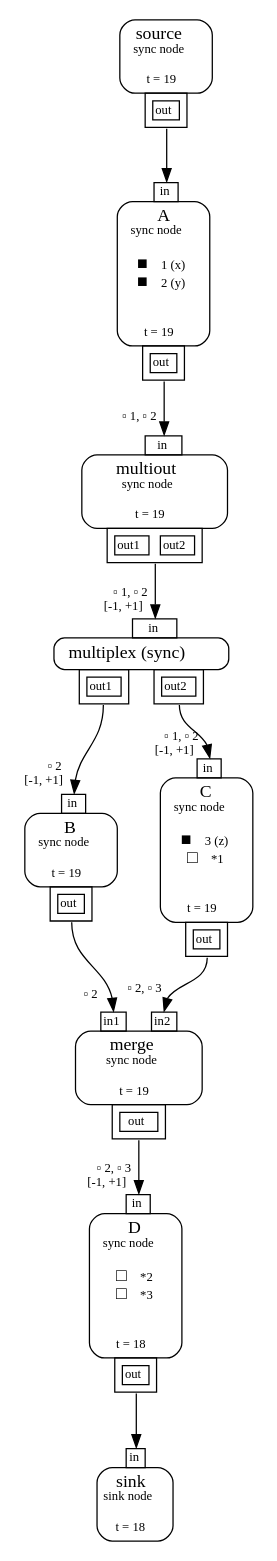
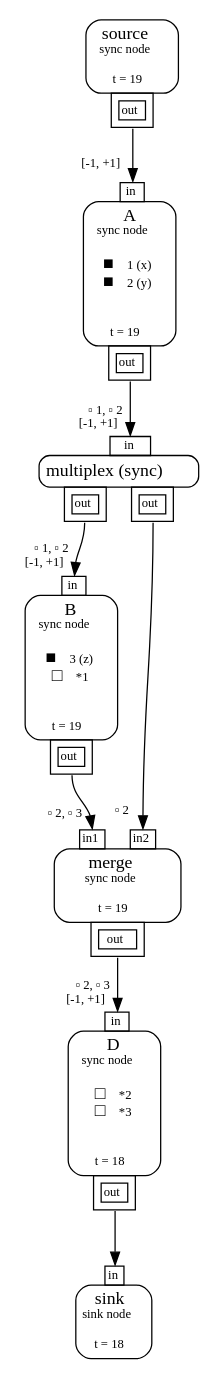
One commit to dbonattoj/mf changed the diagram in gr.gv. Above: the diagram before and after it, drawn with Graphviz. The commit also changed 12 other files, not shown here.

```diff
--- a/gr.gv
+++ b/gr.gv
@@ -7,35 +7,27 @@
 <TABLE BORDER="0" CELLBORDER="0" CELLSPACING="0" CELLPADDING="0"><TR><TD WIDTH="20"></TD><TD BORDER="1" CELLPADDING="1" PORT="in3" COLOR="black"><FONT POINT-SIZE="10">in</FONT></TD><TD WIDTH="20"></TD></TR><TR><TD COLSPAN="3" BORDER="1" STYLE="ROUNDED" CELLPADDING="4" COLOR="black">A<BR/><FONT POINT-SIZE="10">sync node</FONT><BR/><BR/>&#x25A0; <FONT POINT-SIZE="10">1 (x)</FONT><BR/>&#x25A0; <FONT POINT-SIZE="10">2 (y)</FONT><BR/><BR/><BR/><FONT POINT-SIZE="10">t = 19</FONT></TD></TR><TR><TD COLSPAN="3" BORDER="0"><TABLE BORDER="0" CELLBORDER="0" CELLSPACING="0" CELLPADDING="0"><TR><TD WIDTH="20"></TD><TD BORDER="1" CELLPADDING="3" PORT="out4" COLOR="black"><TABLE BORDER="0" CELLSPACING="2"><TR CELLPADDING="1"><TD BORDER="1" CELLPADDING="1"><FONT POINT-SIZE="10">out</FONT></TD></TR></TABLE></TD><TD WIDTH="20"></TD></TR></TABLE></TD></TR></TABLE>
 >];
 	node5 [shape=plaintext label=<
-<TABLE BORDER="0" CELLBORDER="0" CELLSPACING="0" CELLPADDING="0"><TR><TD WIDTH="20"></TD><TD BORDER="1" CELLPADDING="1" PORT="in6" COLOR="black"><FONT POINT-SIZE="10">in</FONT></TD><TD WIDTH="20"></TD></TR><TR><TD COLSPAN="3" BORDER="1" STYLE="ROUNDED" CELLPADDING="4" COLOR="black">multiout<BR/><FONT POINT-SIZE="10">sync node</FONT><BR/><BR/><FONT POINT-SIZE="10">t = 19</FONT></TD></TR><TR><TD COLSPAN="3" BORDER="0"><TABLE BORDER="0" CELLBORDER="0" CELLSPACING="0" CELLPADDING="0"><TR><TD WIDTH="20"></TD><TD BORDER="1" CELLPADDING="3" PORT="out7" COLOR="black"><TABLE BORDER="0" CELLSPACING="2"><TR CELLPADDING="1"><TD BORDER="1" CELLPADDING="1"><FONT POINT-SIZE="10">out1</FONT></TD><TD WIDTH="5"></TD><TD BORDER="1" CELLPADDING="1"><FONT POINT-SIZE="10">out2</FONT></TD></TR></TABLE></TD><TD WIDTH="20"></TD></TR></TABLE></TD></TR></TABLE>
+<TABLE BORDER="0" CELLBORDER="0" CELLSPACING="0" CELLPADDING="0"><TR><TD WIDTH="20"></TD><TD BORDER="1" CELLPADDING="1" PORT="in6" COLOR="black"><FONT POINT-SIZE="10">in</FONT></TD><TD WIDTH="20"></TD></TR><TR><TD COLSPAN="3" BORDER="1" STYLE="ROUNDED" CELLPADDING="4" COLOR="black">multiplex (sync)</TD></TR><TR><TD COLSPAN="3" BORDER="0"><TABLE BORDER="0" CELLBORDER="0" CELLSPACING="0" CELLPADDING="0"><TR><TD WIDTH="20"></TD><TD BORDER="1" CELLPADDING="3" PORT="out7" COLOR="black"><TABLE BORDER="0" CELLSPACING="2"><TR CELLPADDING="1"><TD BORDER="1" CELLPADDING="1"><FONT POINT-SIZE="10">out</FONT></TD></TR></TABLE></TD><TD WIDTH="20"></TD><TD BORDER="1" CELLPADDING="3" PORT="out8" COLOR="black"><TABLE BORDER="0" CELLSPACING="2"><TR CELLPADDING="1"><TD BORDER="1" CELLPADDING="1"><FONT POINT-SIZE="10">out</FONT></TD></TR></TABLE></TD><TD WIDTH="20"></TD></TR></TABLE></TD></TR></TABLE>
 >];
-	node8 [shape=plaintext label=<
-<TABLE BORDER="0" CELLBORDER="0" CELLSPACING="0" CELLPADDING="0"><TR><TD WIDTH="20"></TD><TD BORDER="1" CELLPADDING="1" PORT="in9" COLOR="black"><FONT POINT-SIZE="10">in</FONT></TD><TD WIDTH="20"></TD></TR><TR><TD COLSPAN="3" BORDER="1" STYLE="ROUNDED" CELLPADDING="4" COLOR="black">multiplex (sync)</TD></TR><TR><TD COLSPAN="3" BORDER="0"><TABLE BORDER="0" CELLBORDER="0" CELLSPACING="0" CELLPADDING="0"><TR><TD WIDTH="20"></TD><TD BORDER="1" CELLPADDING="3" PORT="out10" COLOR="black"><TABLE BORDER="0" CELLSPACING="2"><TR CELLPADDING="1"><TD BORDER="1" CELLPADDING="1"><FONT POINT-SIZE="10">out1</FONT></TD></TR></TABLE></TD><TD WIDTH="20"></TD><TD BORDER="1" CELLPADDING="3" PORT="out11" COLOR="black"><TABLE BORDER="0" CELLSPACING="2"><TR CELLPADDING="1"><TD BORDER="1" CELLPADDING="1"><FONT POINT-SIZE="10">out2</FONT></TD></TR></TABLE></TD><TD WIDTH="20"></TD></TR></TABLE></TD></TR></TABLE>
+	node9 [shape=plaintext label=<
+<TABLE BORDER="0" CELLBORDER="0" CELLSPACING="0" CELLPADDING="0"><TR><TD WIDTH="20"></TD><TD BORDER="1" CELLPADDING="1" PORT="in10" COLOR="black"><FONT POINT-SIZE="10">in</FONT></TD><TD WIDTH="20"></TD></TR><TR><TD COLSPAN="3" BORDER="1" STYLE="ROUNDED" CELLPADDING="4" COLOR="black">B<BR/><FONT POINT-SIZE="10">sync node</FONT><BR/><BR/>&#x25A0; <FONT POINT-SIZE="10">3 (z)</FONT><BR/>&#x25A1; <FONT POINT-SIZE="10">*1</FONT><BR/><BR/><BR/><FONT POINT-SIZE="10">t = 19</FONT></TD></TR><TR><TD COLSPAN="3" BORDER="0"><TABLE BORDER="0" CELLBORDER="0" CELLSPACING="0" CELLPADDING="0"><TR><TD WIDTH="20"></TD><TD BORDER="1" CELLPADDING="3" PORT="out11" COLOR="black"><TABLE BORDER="0" CELLSPACING="2"><TR CELLPADDING="1"><TD BORDER="1" CELLPADDING="1"><FONT POINT-SIZE="10">out</FONT></TD></TR></TABLE></TD><TD WIDTH="20"></TD></TR></TABLE></TD></TR></TABLE>
 >];
 	node12 [shape=plaintext label=<
-<TABLE BORDER="0" CELLBORDER="0" CELLSPACING="0" CELLPADDING="0"><TR><TD WIDTH="20"></TD><TD BORDER="1" CELLPADDING="1" PORT="in13" COLOR="black"><FONT POINT-SIZE="10">in</FONT></TD><TD WIDTH="20"></TD></TR><TR><TD COLSPAN="3" BORDER="1" STYLE="ROUNDED" CELLPADDING="4" COLOR="black">B<BR/><FONT POINT-SIZE="10">sync node</FONT><BR/><BR/><FONT POINT-SIZE="10">t = 19</FONT></TD></TR><TR><TD COLSPAN="3" BORDER="0"><TABLE BORDER="0" CELLBORDER="0" CELLSPACING="0" CELLPADDING="0"><TR><TD WIDTH="20"></TD><TD BORDER="1" CELLPADDING="3" PORT="out14" COLOR="black"><TABLE BORDER="0" CELLSPACING="2"><TR CELLPADDING="1"><TD BORDER="1" CELLPADDING="1"><FONT POINT-SIZE="10">out</FONT></TD></TR></TABLE></TD><TD WIDTH="20"></TD></TR></TABLE></TD></TR></TABLE>
+<TABLE BORDER="0" CELLBORDER="0" CELLSPACING="0" CELLPADDING="0"><TR><TD WIDTH="20"></TD><TD BORDER="1" CELLPADDING="1" PORT="in13" COLOR="black"><FONT POINT-SIZE="10">in1</FONT></TD><TD WIDTH="20"></TD><TD BORDER="1" CELLPADDING="1" PORT="in14" COLOR="black"><FONT POINT-SIZE="10">in2</FONT></TD><TD WIDTH="20"></TD></TR><TR><TD COLSPAN="5" BORDER="1" STYLE="ROUNDED" CELLPADDING="4" COLOR="black">merge<BR/><FONT POINT-SIZE="10">sync node</FONT><BR/><BR/><FONT POINT-SIZE="10">t = 19</FONT></TD></TR><TR><TD COLSPAN="5" BORDER="0"><TABLE BORDER="0" CELLBORDER="0" CELLSPACING="0" CELLPADDING="0"><TR><TD WIDTH="20"></TD><TD BORDER="1" CELLPADDING="3" PORT="out15" COLOR="black"><TABLE BORDER="0" CELLSPACING="2"><TR CELLPADDING="1"><TD BORDER="1" CELLPADDING="1"><FONT POINT-SIZE="10">out</FONT></TD></TR></TABLE></TD><TD WIDTH="20"></TD></TR></TABLE></TD></TR></TABLE>
 >];
-	node15 [shape=plaintext label=<
-<TABLE BORDER="0" CELLBORDER="0" CELLSPACING="0" CELLPADDING="0"><TR><TD WIDTH="20"></TD><TD BORDER="1" CELLPADDING="1" PORT="in16" COLOR="black"><FONT POINT-SIZE="10">in</FONT></TD><TD WIDTH="20"></TD></TR><TR><TD COLSPAN="3" BORDER="1" STYLE="ROUNDED" CELLPADDING="4" COLOR="black">C<BR/><FONT POINT-SIZE="10">sync node</FONT><BR/><BR/>&#x25A0; <FONT POINT-SIZE="10">3 (z)</FONT><BR/>&#x25A1; <FONT POINT-SIZE="10">*1</FONT><BR/><BR/><BR/><FONT POINT-SIZE="10">t = 19</FONT></TD></TR><TR><TD COLSPAN="3" BORDER="0"><TABLE BORDER="0" CELLBORDER="0" CELLSPACING="0" CELLPADDING="0"><TR><TD WIDTH="20"></TD><TD BORDER="1" CELLPADDING="3" PORT="out17" COLOR="black"><TABLE BORDER="0" CELLSPACING="2"><TR CELLPADDING="1"><TD BORDER="1" CELLPADDING="1"><FONT POINT-SIZE="10">out</FONT></TD></TR></TABLE></TD><TD WIDTH="20"></TD></TR></TABLE></TD></TR></TABLE>
+	node16 [shape=plaintext label=<
+<TABLE BORDER="0" CELLBORDER="0" CELLSPACING="0" CELLPADDING="0"><TR><TD WIDTH="20"></TD><TD BORDER="1" CELLPADDING="1" PORT="in17" COLOR="black"><FONT POINT-SIZE="10">in</FONT></TD><TD WIDTH="20"></TD></TR><TR><TD COLSPAN="3" BORDER="1" STYLE="ROUNDED" CELLPADDING="4" COLOR="black">D<BR/><FONT POINT-SIZE="10">sync node</FONT><BR/><BR/>&#x25A1; <FONT POINT-SIZE="10">*2</FONT><BR/>&#x25A1; <FONT POINT-SIZE="10">*3</FONT><BR/><BR/><BR/><FONT POINT-SIZE="10">t = 18</FONT></TD></TR><TR><TD COLSPAN="3" BORDER="0"><TABLE BORDER="0" CELLBORDER="0" CELLSPACING="0" CELLPADDING="0"><TR><TD WIDTH="20"></TD><TD BORDER="1" CELLPADDING="3" PORT="out18" COLOR="black"><TABLE BORDER="0" CELLSPACING="2"><TR CELLPADDING="1"><TD BORDER="1" CELLPADDING="1"><FONT POINT-SIZE="10">out</FONT></TD></TR></TABLE></TD><TD WIDTH="20"></TD></TR></TABLE></TD></TR></TABLE>
 >];
-	node18 [shape=plaintext label=<
-<TABLE BORDER="0" CELLBORDER="0" CELLSPACING="0" CELLPADDING="0"><TR><TD WIDTH="20"></TD><TD BORDER="1" CELLPADDING="1" PORT="in19" COLOR="black"><FONT POINT-SIZE="10">in1</FONT></TD><TD WIDTH="20"></TD><TD BORDER="1" CELLPADDING="1" PORT="in20" COLOR="black"><FONT POINT-SIZE="10">in2</FONT></TD><TD WIDTH="20"></TD></TR><TR><TD COLSPAN="5" BORDER="1" STYLE="ROUNDED" CELLPADDING="4" COLOR="black">merge<BR/><FONT POINT-SIZE="10">sync node</FONT><BR/><BR/><FONT POINT-SIZE="10">t = 19</FONT></TD></TR><TR><TD COLSPAN="5" BORDER="0"><TABLE BORDER="0" CELLBORDER="0" CELLSPACING="0" CELLPADDING="0"><TR><TD WIDTH="20"></TD><TD BORDER="1" CELLPADDING="3" PORT="out21" COLOR="black"><TABLE BORDER="0" CELLSPACING="2"><TR CELLPADDING="1"><TD BORDER="1" CELLPADDING="1"><FONT POINT-SIZE="10">out</FONT></TD></TR></TABLE></TD><TD WIDTH="20"></TD></TR></TABLE></TD></TR></TABLE>
+	node19 [shape=plaintext label=<
+<TABLE BORDER="0" CELLBORDER="0" CELLSPACING="0" CELLPADDING="0"><TR><TD WIDTH="20"></TD><TD BORDER="1" CELLPADDING="1" PORT="in20" COLOR="black"><FONT POINT-SIZE="10">in</FONT></TD><TD WIDTH="20"></TD></TR><TR><TD COLSPAN="3" BORDER="1" STYLE="ROUNDED" CELLPADDING="4" COLOR="black">sink<BR/><FONT POINT-SIZE="10">sink node</FONT><BR/><BR/><FONT POINT-SIZE="10">t = 18</FONT></TD></TR></TABLE>
 >];
-	node22 [shape=plaintext label=<
-<TABLE BORDER="0" CELLBORDER="0" CELLSPACING="0" CELLPADDING="0"><TR><TD WIDTH="20"></TD><TD BORDER="1" CELLPADDING="1" PORT="in23" COLOR="black"><FONT POINT-SIZE="10">in</FONT></TD><TD WIDTH="20"></TD></TR><TR><TD COLSPAN="3" BORDER="1" STYLE="ROUNDED" CELLPADDING="4" COLOR="black">D<BR/><FONT POINT-SIZE="10">sync node</FONT><BR/><BR/>&#x25A1; <FONT POINT-SIZE="10">*2</FONT><BR/>&#x25A1; <FONT POINT-SIZE="10">*3</FONT><BR/><BR/><BR/><FONT POINT-SIZE="10">t = 18</FONT></TD></TR><TR><TD COLSPAN="3" BORDER="0"><TABLE BORDER="0" CELLBORDER="0" CELLSPACING="0" CELLPADDING="0"><TR><TD WIDTH="20"></TD><TD BORDER="1" CELLPADDING="3" PORT="out24" COLOR="black"><TABLE BORDER="0" CELLSPACING="2"><TR CELLPADDING="1"><TD BORDER="1" CELLPADDING="1"><FONT POINT-SIZE="10">out</FONT></TD></TR></TABLE></TD><TD WIDTH="20"></TD></TR></TABLE></TD></TR></TABLE>
->];
-	node25 [shape=plaintext label=<
-<TABLE BORDER="0" CELLBORDER="0" CELLSPACING="0" CELLPADDING="0"><TR><TD WIDTH="20"></TD><TD BORDER="1" CELLPADDING="1" PORT="in26" COLOR="black"><FONT POINT-SIZE="10">in</FONT></TD><TD WIDTH="20"></TD></TR><TR><TD COLSPAN="3" BORDER="1" STYLE="ROUNDED" CELLPADDING="4" COLOR="black">sink<BR/><FONT POINT-SIZE="10">sink node</FONT><BR/><BR/><FONT POINT-SIZE="10">t = 18</FONT></TD></TR></TABLE>
->];
-	node0:out1 -> node2:in3 [style="", arrowhead="normal", color=black, headlabel=<>, fontsize=10, labelangle=45, labeldistance=2.0, labelfontcolor=black];
-	node2:out4 -> node5:in6 [style="", arrowhead="normal", color=black, headlabel=<&#x25AB; 1, &#x25AB; 2<BR/>>, fontsize=10, labelangle=45, labeldistance=2.0, labelfontcolor=black];
-	node5:out7 -> node8:in9 [style="", arrowhead="normal", color=black, headlabel=<&#x25AB; 1, &#x25AB; 2<BR/>[-1, +1]     >, fontsize=10, labelangle=45, labeldistance=2.0, labelfontcolor=black];
-	node8:out10 -> node12:in13 [style="", arrowhead="normal", color=black, headlabel=<&#x25AB; 2<BR/>[-1, +1]     >, fontsize=10, labelangle=45, labeldistance=2.0, labelfontcolor=black];
-	node8:out11 -> node15:in16 [style="", arrowhead="normal", color=black, headlabel=<&#x25AB; 1, &#x25AB; 2<BR/>[-1, +1]     >, fontsize=10, labelangle=45, labeldistance=2.0, labelfontcolor=black];
-	node12:out14 -> node18:in19 [style="", arrowhead="normal", color=black, headlabel=<&#x25AB; 2<BR/>>, fontsize=10, labelangle=45, labeldistance=2.0, labelfontcolor=black];
-	node15:out17 -> node18:in20 [style="", arrowhead="normal", color=black, headlabel=<&#x25AB; 2, &#x25AB; 3<BR/>>, fontsize=10, labelangle=45, labeldistance=2.0, labelfontcolor=black];
-	node18:out21 -> node22:in23 [style="", arrowhead="normal", color=black, headlabel=<&#x25AB; 2, &#x25AB; 3<BR/>[-1, +1]     >, fontsize=10, labelangle=45, labeldistance=2.0, labelfontcolor=black];
-	node22:out24 -> node25:in26 [style="", arrowhead="normal", color=black, headlabel=<>, fontsize=10, labelangle=45, labeldistance=2.0, labelfontcolor=black];
+	node0:out1 -> node2:in3 [style="", arrowhead="normal", color=black, headlabel=<[-1, +1]     >, fontsize=10, labelangle=45, labeldistance=2.0, labelfontcolor=black];
+	node2:out4 -> node5:in6 [style="", arrowhead="normal", color=black, headlabel=<&#x25AB; 1, &#x25AB; 2<BR/>[-1, +1]     >, fontsize=10, labelangle=45, labeldistance=2.0, labelfontcolor=black];
+	node5:out7 -> node9:in10 [style="", arrowhead="normal", color=black, headlabel=<&#x25AB; 1, &#x25AB; 2<BR/>[-1, +1]     >, fontsize=10, labelangle=45, labeldistance=2.0, labelfontcolor=black];
+	node9:out11 -> node12:in13 [style="", arrowhead="normal", color=black, headlabel=<&#x25AB; 2, &#x25AB; 3<BR/>>, fontsize=10, labelangle=45, labeldistance=2.0, labelfontcolor=black];
+	node5:out8 -> node12:in14 [style="", arrowhead="normal", color=black, headlabel=<&#x25AB; 2<BR/>>, fontsize=10, labelangle=45, labeldistance=2.0, labelfontcolor=black];
+	node12:out15 -> node16:in17 [style="", arrowhead="normal", color=black, headlabel=<&#x25AB; 2, &#x25AB; 3<BR/>[-1, +1]     >, fontsize=10, labelangle=45, labeldistance=2.0, labelfontcolor=black];
+	node16:out18 -> node19:in20 [style="", arrowhead="normal", color=black, headlabel=<>, fontsize=10, labelangle=45, labeldistance=2.0, labelfontcolor=black];
 	{rank=source; node0}
-	{rank=sink; node25}
+	{rank=sink; node19}
 }
```
